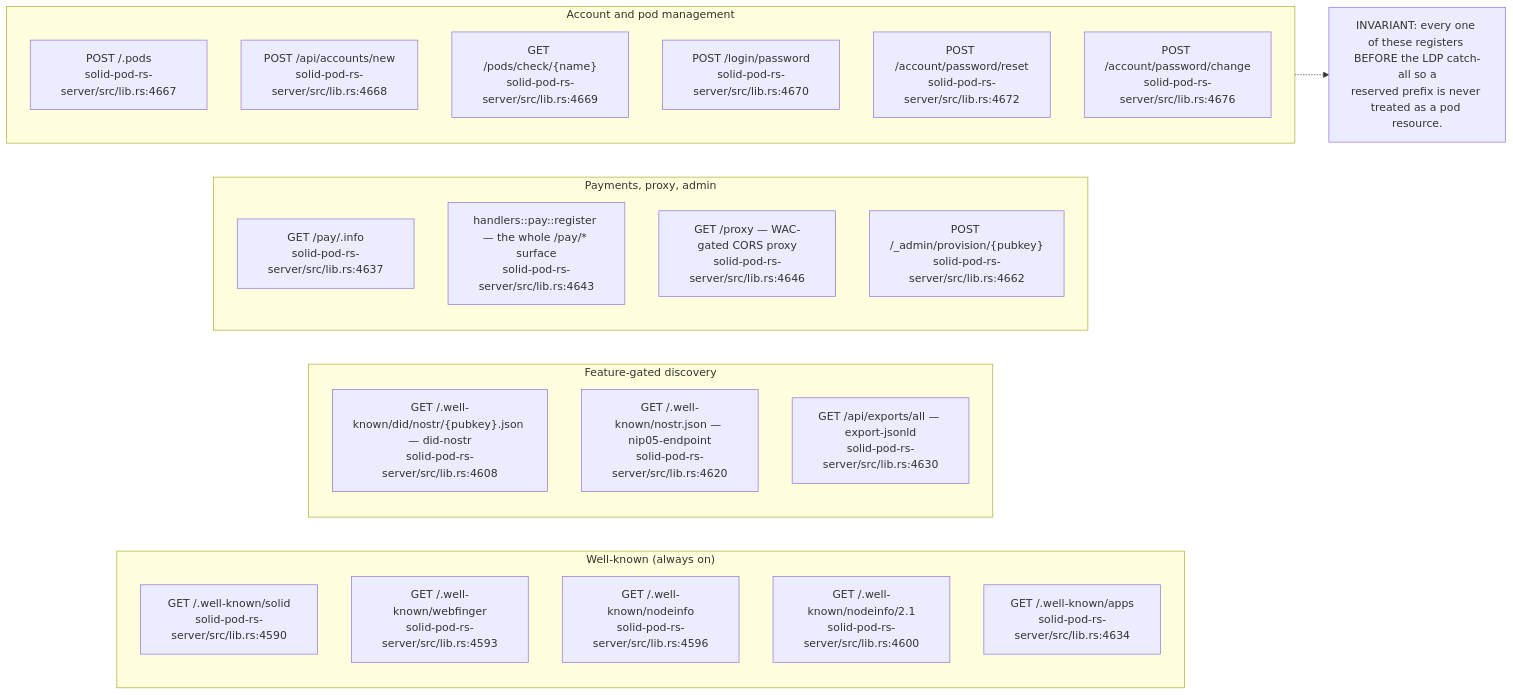
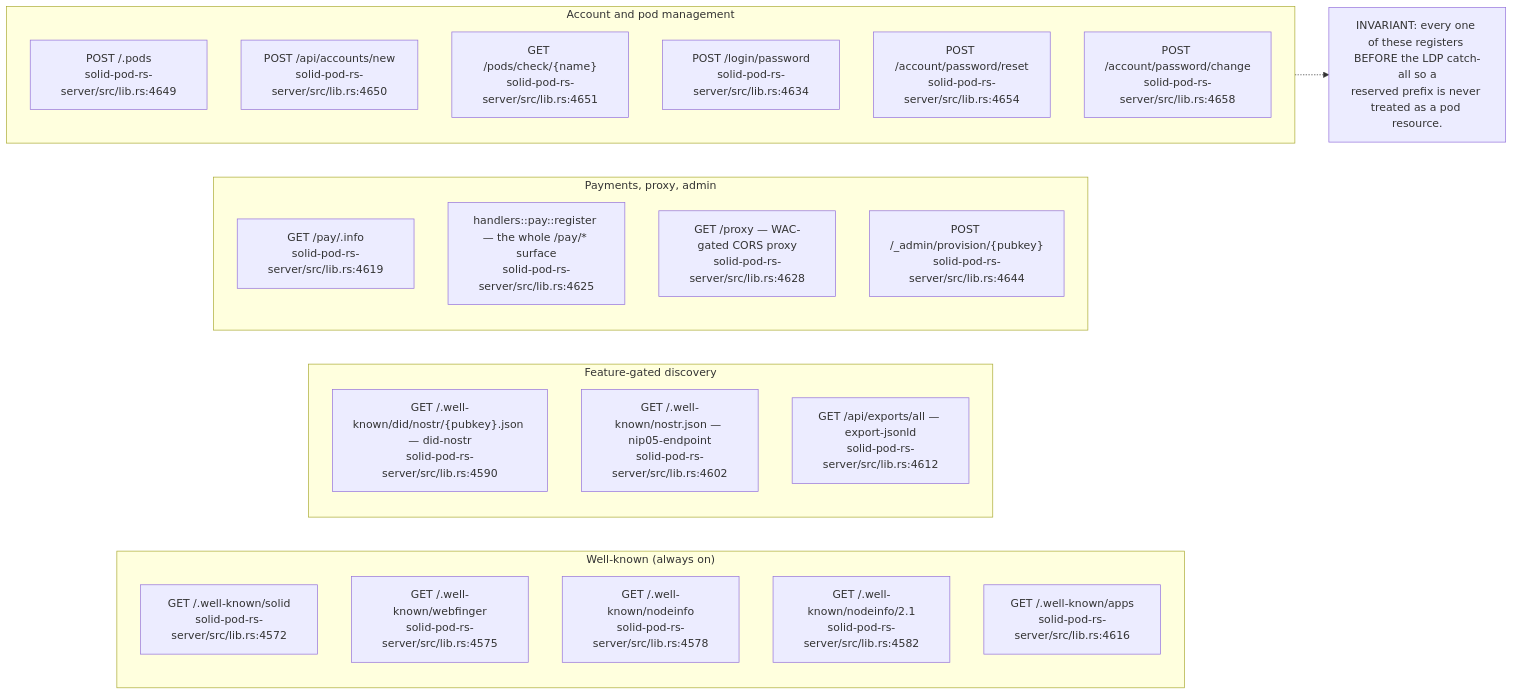
The eighth of 11 diagrams in docs/diagrams/solid-pod-rs/02-server-boot-and-routes.md (DreamLab-AI/VisionFlow), drawn with Mermaid before and after one commit. The commit also changed other lines of this file and 21 other files, not shown here.

Commit message:
docs(diagrams): refresh first verified estate batch

````diff
--- a/docs/diagrams/solid-pod-rs/02-server-boot-and-routes.md
+++ b/docs/diagrams/solid-pod-rs/02-server-boot-and-routes.md
@@ -206,32 +204,32 @@
 ```mermaid
 flowchart LR
     subgraph WK["Well-known (always on)"]
-        A1["GET /.well-known/solid<br/>solid-pod-rs-server/src/lib.rs:4590"]
-        A2["GET /.well-known/webfinger<br/>solid-pod-rs-server/src/lib.rs:4593"]
-        A3["GET /.well-known/nodeinfo<br/>solid-pod-rs-server/src/lib.rs:4596"]
-        A4["GET /.well-known/nodeinfo/2.1<br/>solid-pod-rs-server/src/lib.rs:4600"]
-        A5["GET /.well-known/apps<br/>solid-pod-rs-server/src/lib.rs:4634"]
+        A1["GET /.well-known/solid<br/>solid-pod-rs-server/src/lib.rs:4572"]
+        A2["GET /.well-known/webfinger<br/>solid-pod-rs-server/src/lib.rs:4575"]
+        A3["GET /.well-known/nodeinfo<br/>solid-pod-rs-server/src/lib.rs:4578"]
+        A4["GET /.well-known/nodeinfo/2.1<br/>solid-pod-rs-server/src/lib.rs:4582"]
+        A5["GET /.well-known/apps<br/>solid-pod-rs-server/src/lib.rs:4616"]
     end
     subgraph GATED["Feature-gated discovery"]
-        B1["GET /.well-known/did/nostr/{pubkey}.json — did-nostr<br/>solid-pod-rs-server/src/lib.rs:4608"]
-        B2["GET /.well-known/nostr.json — nip05-endpoint<br/>solid-pod-rs-server/src/lib.rs:4620"]
-        B3["GET /api/exports/all — export-jsonld<br/>solid-pod-rs-server/src/lib.rs:4630"]
+        B1["GET /.well-known/did/nostr/{pubkey}.json — did-nostr<br/>solid-pod-rs-server/src/lib.rs:4590"]
+        B2["GET /.well-known/nostr.json — nip05-endpoint<br/>solid-pod-rs-server/src/lib.rs:4602"]
+        B3["GET /api/exports/all — export-jsonld<br/>solid-pod-rs-server/src/lib.rs:4612"]
     end
     subgraph PAYADMIN["Payments, proxy, admin"]
-        C1["GET /pay/.info<br/>solid-pod-rs-server/src/lib.rs:4637"]
-        C2["handlers::pay::register — the whole /pay/* surface<br/>solid-pod-rs-server/src/lib.rs:4643"]
-        C3["GET /proxy — WAC-gated CORS proxy<br/>solid-pod-rs-server/src/lib.rs:4646"]
-        C4["POST /_admin/provision/{pubkey}<br/>solid-pod-rs-server/src/lib.rs:4662"]
+        C1["GET /pay/.info<br/>solid-pod-rs-server/src/lib.rs:4619"]
+        C2["handlers::pay::register — the whole /pay/* surface<br/>solid-pod-rs-server/src/lib.rs:4625"]
+        C3["GET /proxy — WAC-gated CORS proxy<br/>solid-pod-rs-server/src/lib.rs:4628"]
+        C4["POST /_admin/provision/{pubkey}<br/>solid-pod-rs-server/src/lib.rs:4644"]
     end
     subgraph ACCT["Account and pod management"]
-        D1["POST /.pods<br/>solid-pod-rs-server/src/lib.rs:4667"]
-        D2["POST /api/accounts/new<br/>solid-pod-rs-server/src/lib.rs:4668"]
-        D3["GET /pods/check/{name}<br/>solid-pod-rs-server/src/lib.rs:4669"]
-        D4["POST /login/password<br/>solid-pod-rs-server/src/lib.rs:4670"]
-        D5["POST /account/password/reset<br/>solid-pod-rs-server/src/lib.rs:4672"]
-        D6["POST /account/password/change<br/>solid-pod-rs-server/src/lib.rs:4676"]
+        D1["POST /.pods<br/>solid-pod-rs-server/src/lib.rs:4649"]
+        D2["POST /api/accounts/new<br/>solid-pod-rs-server/src/lib.rs:4650"]
+        D3["GET /pods/check/{name}<br/>solid-pod-rs-server/src/lib.rs:4651"]
+        D4["POST /login/password<br/>solid-pod-rs-server/src/lib.rs:4634"]
+        D5["POST /account/password/reset<br/>solid-pod-rs-server/src/lib.rs:4654"]
+        D6["POST /account/password/change<br/>solid-pod-rs-server/src/lib.rs:4658"]
     end
 
     N["INVARIANT: every one of these registers BEFORE the LDP catch-all so a\nreserved prefix is never treated as a pod resource."]
     ACCT -.-> N
 ```
````
